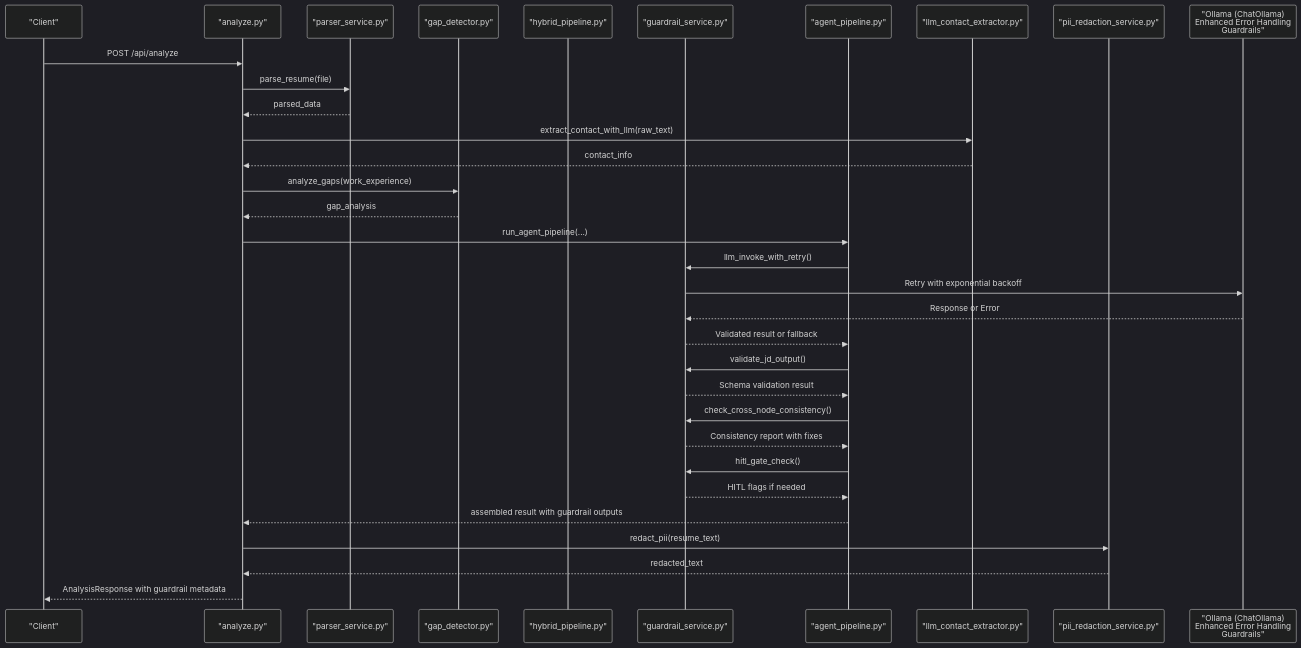
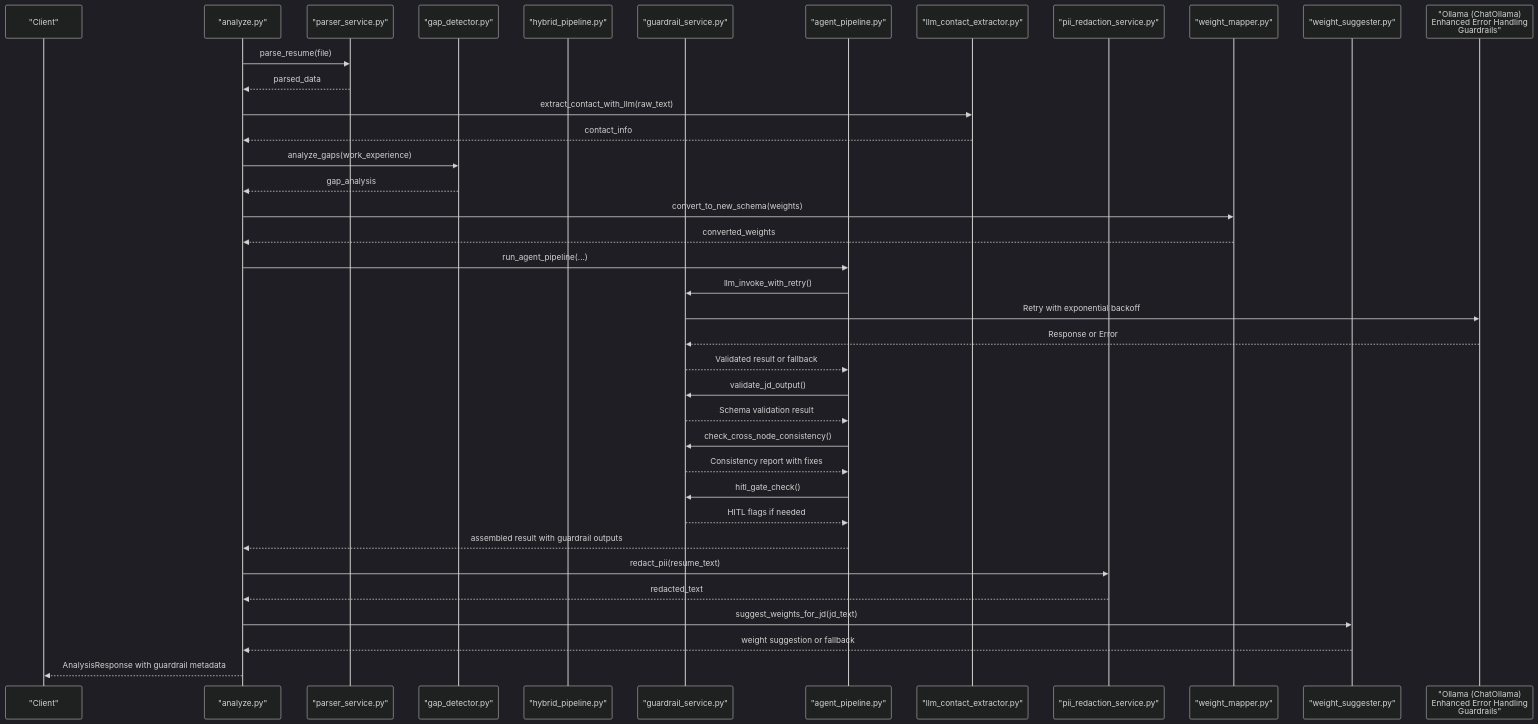
The second of 30 diagrams in .qoder/repowiki/en/content/Analysis Engine/Analysis Engine.md (Revanththetalogics/aireume), drawn with Mermaid (dark theme) before and after one commit. The commit also changed other lines of this file and 41 other files, not shown here.

````diff
--- a/.qoder/repowiki/en/content/Analysis Engine/Analysis Engine.md
+++ b/.qoder/repowiki/en/content/Analysis Engine/Analysis Engine.md
@@ -190,35 +199,40 @@
 ```mermaid
 sequenceDiagram
 participant Client as "Client"
 participant Route as "analyze.py"
 participant Parser as "parser_service.py"
 participant Gap as "gap_detector.py"
 participant Hybrid as "hybrid_pipeline.py"
 participant Guardrail as "guardrail_service.py"
 participant Agent as "agent_pipeline.py"
 participant Contact as "llm_contact_extractor.py"
 participant PII as "pii_redaction_service.py"
+participant WeightMapper as "weight_mapper.py"
+participant WeightSuggester as "weight_suggester.py"
 participant LLM as "Ollama (ChatOllama)<br/>Enhanced Error Handling<br/>Guardrails"
-Client->>Route : POST /api/analyze
 Route->>Parser : parse_resume(file)
 Parser-->>Route : parsed_data
 Route->>Contact : extract_contact_with_llm(raw_text)
 Contact-->>Route : contact_info
 Route->>Gap : analyze_gaps(work_experience)
 Gap-->>Route : gap_analysis
+Route->>WeightMapper : convert_to_new_schema(weights)
+WeightMapper-->>Route : converted_weights
 Route->>Agent : run_agent_pipeline(...)
 Agent->>Guardrail : llm_invoke_with_retry()
 Guardrail->>LLM : Retry with exponential backoff
 LLM-->>Guardrail : Response or Error
 Guardrail-->>Agent : Validated result or fallback
 Agent->>Guardrail : validate_jd_output()
 Guardrail-->>Agent : Schema validation result
 Agent->>Guardrail : check_cross_node_consistency()
 Guardrail-->>Agent : Consistency report with fixes
 Agent->>Guardrail : hitl_gate_check()
 Guardrail-->>Agent : HITL flags if needed
 Agent-->>Route : assembled result with guardrail outputs
 Route->>PII : redact_pii(resume_text)
 PII-->>Route : redacted_text
+Route->>WeightSuggester : suggest_weights_for_jd(jd_text)
+WeightSuggester-->>Route : weight suggestion or fallback
 Route-->>Client : AnalysisResponse with guardrail metadata
 ```
````
